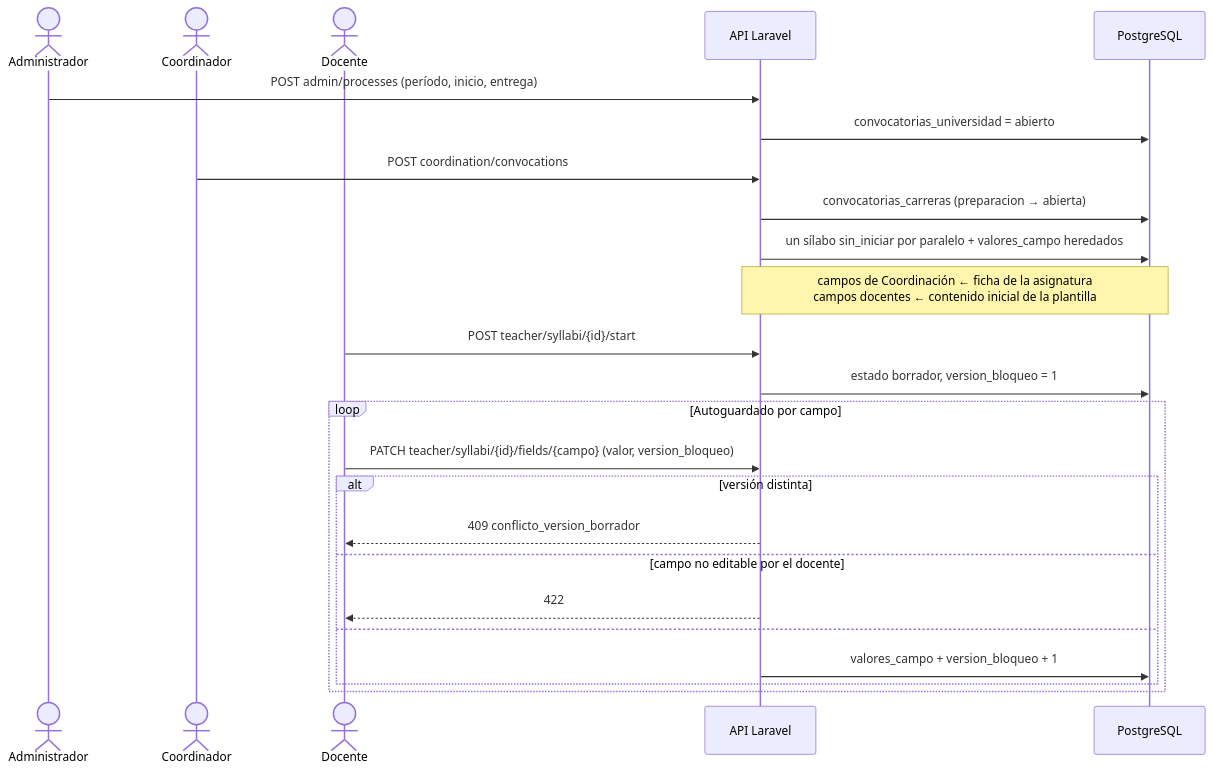
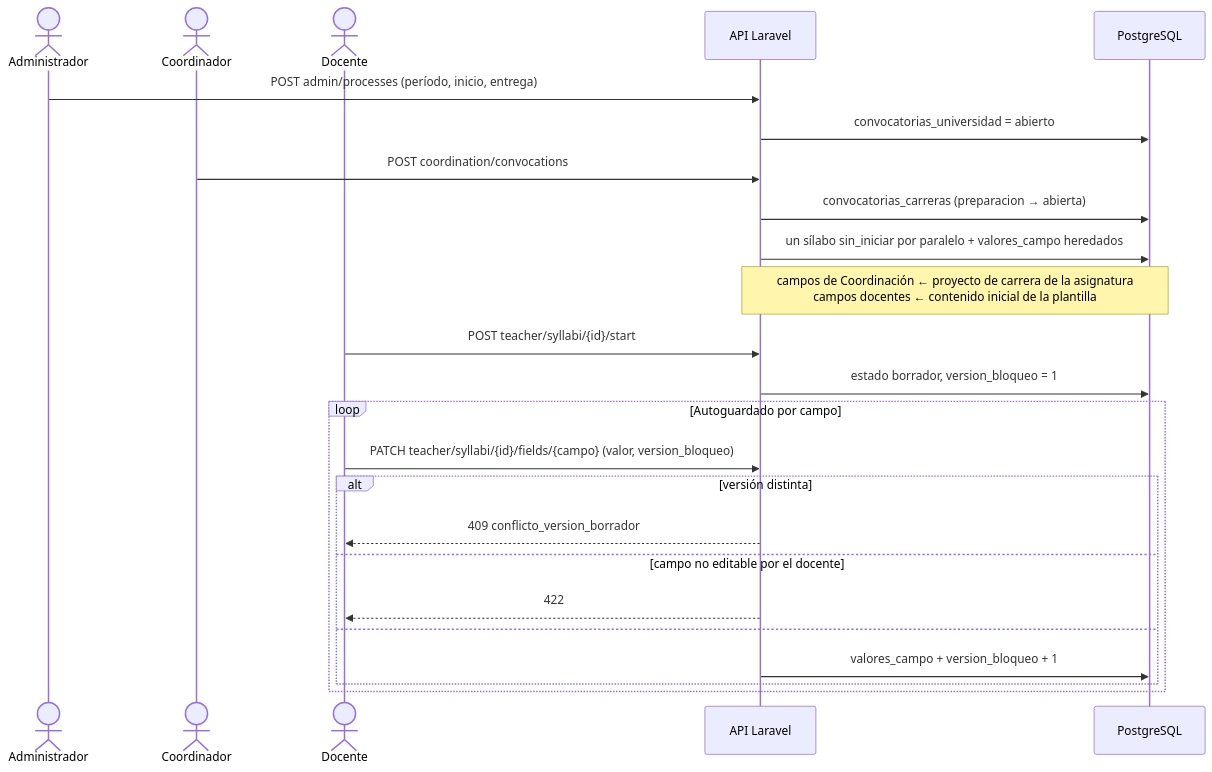
One commit to Giossue/proyecto-grado-silabos-backend changed the first of 7 diagrams in docs/architecture/sequences.md. Above: the diagram before and after it, drawn with Mermaid. The commit also changed other lines of this file and 50 other files, not shown here.

Commit message:
feat(proyecto-carrera): un solo nombre en mensajes, ayudas y documentación

````diff
--- a/docs/architecture/sequences.md
+++ b/docs/architecture/sequences.md
@@ -9,27 +9,27 @@
 ```mermaid
 sequenceDiagram
     actor A as Administrador
     actor C as Coordinador
     actor D as Docente
     participant API as API Laravel
     participant DB as PostgreSQL
 
     A->>API: POST admin/processes (período, inicio, entrega)
     API->>DB: convocatorias_universidad = abierto
     C->>API: POST coordination/convocations
     API->>DB: convocatorias_carreras (preparacion → abierta)
     API->>DB: un sílabo sin_iniciar por paralelo + valores_campo heredados
-    Note over API,DB: campos de Coordinación ← ficha de la asignatura<br/>campos docentes ← contenido inicial de la plantilla
+    Note over API,DB: campos de Coordinación ← proyecto de carrera de la asignatura<br/>campos docentes ← contenido inicial de la plantilla
     D->>API: POST teacher/syllabi/{id}/start
     API->>DB: estado borrador, version_bloqueo = 1
     loop Autoguardado por campo
         D->>API: PATCH teacher/syllabi/{id}/fields/{campo} (valor, version_bloqueo)
         alt versión distinta
             API-->>D: 409 conflicto_version_borrador
         else campo no editable por el docente
             API-->>D: 422
         else
             API->>DB: valores_campo + version_bloqueo + 1
         end
     end
 ```
````
